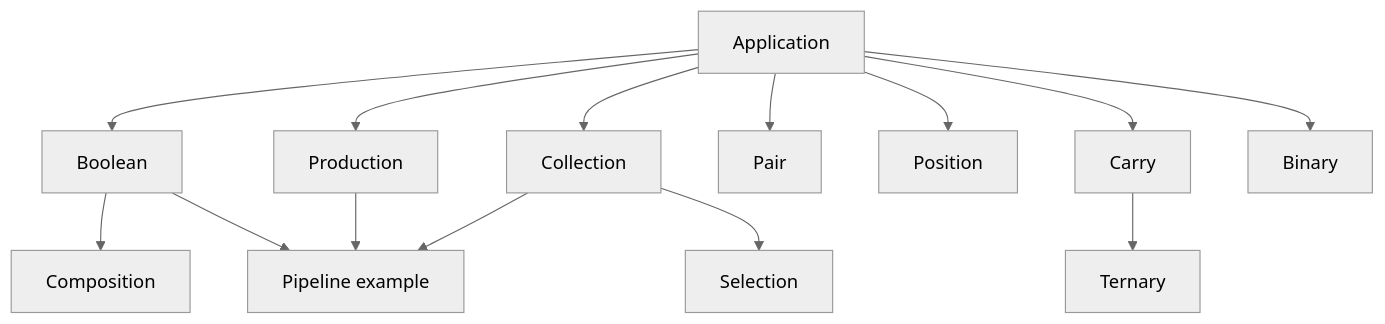
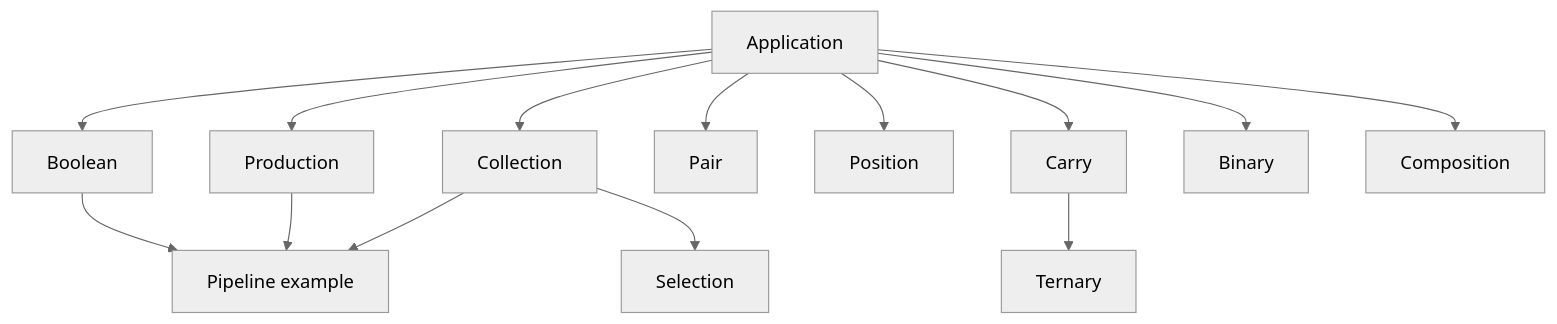
Before and after one commit to Vantle/photonic: the second of 2 diagrams in document/library.md, drawn with Mermaid (neutral theme). The commit also changed other lines of this file and 32 other files, not shown here.

````diff
--- a/document/library.md
+++ b/document/library.md
@@ -282,16 +344,16 @@
 ```mermaid
 flowchart TD
     application[Application] --> boolean[Boolean]
     application --> production[Production]
     application --> collection[Collection]
     application --> pair[Pair]
     application --> position[Position]
     application --> carry[Carry]
     application --> binary[Binary]
     carry --> ternary[Ternary]
-    boolean --> composition[Composition]
+    application --> composition[Composition]
     collection --> selection[Selection]
     boolean --> pipeline[Pipeline example]
     production --> pipeline
     collection --> pipeline
 ```
````
